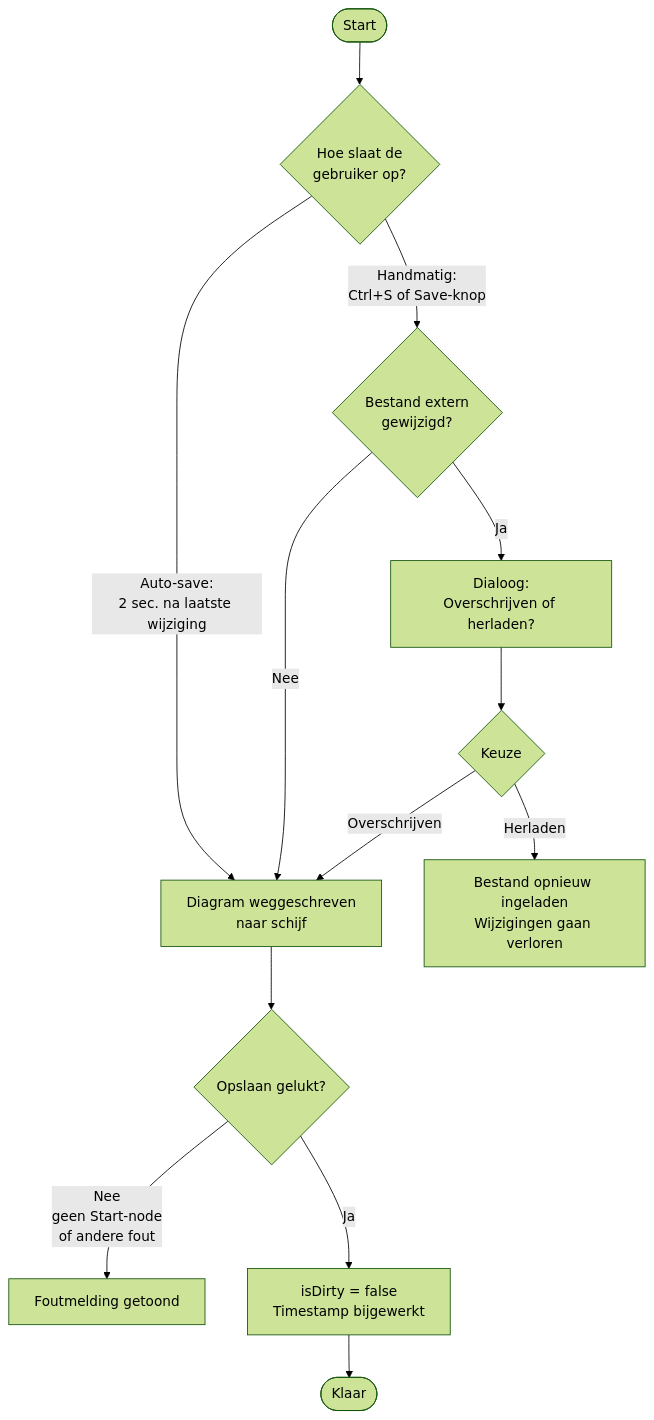
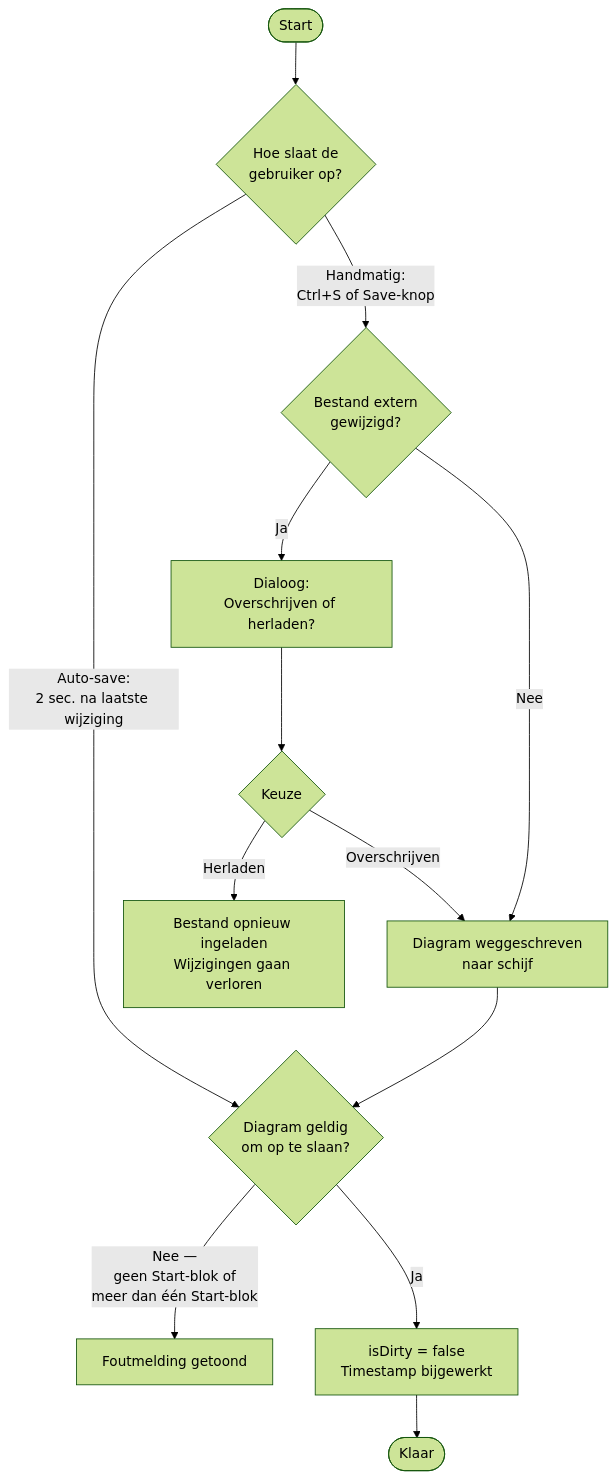
Before and after one commit to GRJX/mmd-flowchart: the sixth of 14 diagrams in USERFLOWS.md, drawn with Mermaid (forest theme). The commit also changed other lines of this file and 1 other file, not shown here.

Commit message:
refactor: update flowchart syntax for clarity and consistency; enhance user flow descriptions

````diff
--- a/USERFLOWS.md
+++ b/USERFLOWS.md
@@ -118,15 +115,15 @@
 ```mermaid
 flowchart TD
-    A([Start]) --> B{Hoe slaat de\ngebruiker op?}
-    B -- Handmatig:\nCtrl+S of Save-knop --> C{Bestand extern\ngewijzigd?}
-    C -- Ja --> D[Dialoog:\nOverschrijven of herladen?]
+    A([Start]) --> B{"Hoe slaat de<br>gebruiker op?"}
+    B -- "Handmatig:<br>Ctrl+S of Save-knop" --> C{"Bestand extern<br>gewijzigd?"}
+    C -- Ja --> D["Dialoog:<br>Overschrijven of herladen?"]
     D --> E{Keuze}
-    E -- Overschrijven --> F[Diagram weggeschreven\nnaar schijf]
-    E -- Herladen --> G[Bestand opnieuw ingeladen\nWijzigingen gaan verloren]
+    E -- Overschrijven --> F["Diagram weggeschreven<br>naar schijf"]
+    E -- Herladen --> G["Bestand opnieuw ingeladen<br>Wijzigingen gaan verloren"]
     C -- Nee --> F
-    B -- Auto-save:\n2 sec. na laatste wijziging --> F
-    F --> H{Opslaan gelukt?}
-    H -- Nee\ngeen Start-node\nof andere fout --> I[Foutmelding getoond]
-    H -- Ja --> J[isDirty = false\nTimestamp bijgewerkt]
+    B -- "Auto-save:<br>2 sec. na laatste wijziging" --> H{"Diagram geldig<br>om op te slaan?"}
+    F --> H
+    H -- "Nee —<br>geen Start-blok of<br>meer dan één Start-blok" --> I[Foutmelding getoond]
+    H -- Ja --> J["isDirty = false<br>Timestamp bijgewerkt"]
     J --> K([Klaar])
 ```
````
